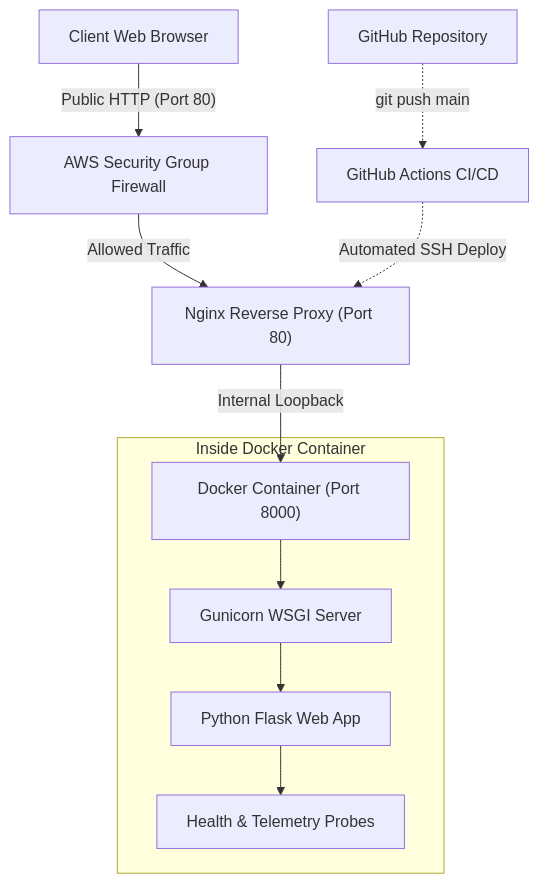
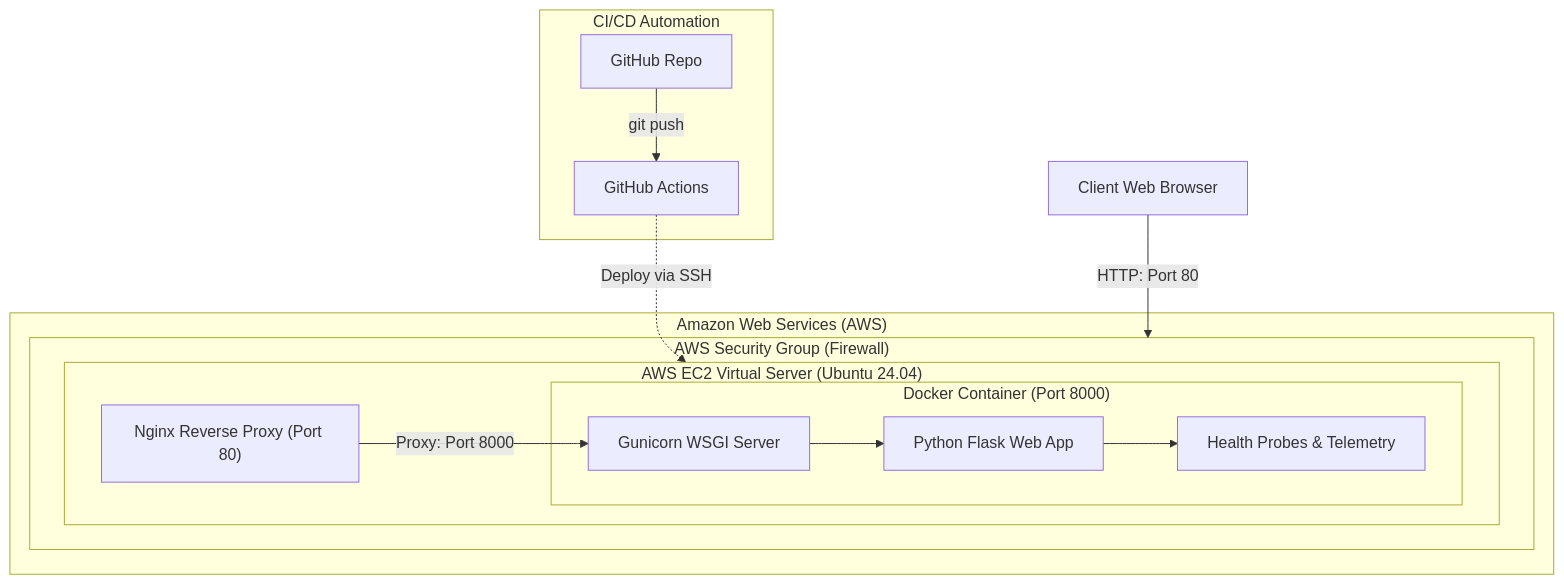
Before and after one commit to Rishith17/AI-Assisted-AWS-Web-App-Deployment: the diagram in README.md, drawn with Mermaid. The commit also changed other lines of this file, not shown here.

Commit message:
Add box diagrams to README

````diff
--- a/README.md
+++ b/README.md
@@ -15,15 +64,30 @@
 ```mermaid
-flowchart TD
-    User["Client Web Browser"] -->|"Public HTTP (Port 80)"| SG["AWS Security Group Firewall"]
-    SG -->|"Allowed Traffic"| Nginx["Nginx Reverse Proxy (Port 80)"]
-    Nginx -->|"Internal Loopback"| Docker["Docker Container (Port 8000)"]
-    
-    subgraph InsideContainer["Inside Docker Container"]
-        Docker --> Gunicorn["Gunicorn WSGI Server"]
-        Gunicorn --> App["Python Flask Web App"]
-        App --> Probes["Health & Telemetry Probes"]
+graph TD
+    Client["Client Web Browser"]
+
+    subgraph AWS["Amazon Web Services (AWS)"]
+        subgraph SG["AWS Security Group (Firewall)"]
+            subgraph EC2["AWS EC2 Virtual Server (Ubuntu 24.04)"]
+                Nginx["Nginx Reverse Proxy (Port 80)"]
+                
+                subgraph Docker["Docker Container (Port 8000)"]
+                    Gunicorn["Gunicorn WSGI Server"]
+                    Flask["Python Flask Web App"]
+                    Probes["Health Probes & Telemetry"]
+                    
+                    Gunicorn --> Flask
+                    Flask --> Probes
+                end
+                
+                Nginx -->|"Proxy: Port 8000"| Gunicorn
+            end
+        end
     end
 
-    GitHub["GitHub Repository"] -.->|"git push main"| Actions["GitHub Actions CI/CD"]
-    Actions -.->|"Automated SSH Deploy"| Nginx
+    subgraph Automation["CI/CD Automation"]
+        GitHub["GitHub Repo"] -->|"git push"| GHA["GitHub Actions"]
+    end
+
+    Client -->|"HTTP: Port 80"| SG
+    GHA -.->|"Deploy via SSH"| EC2
 ```
````
